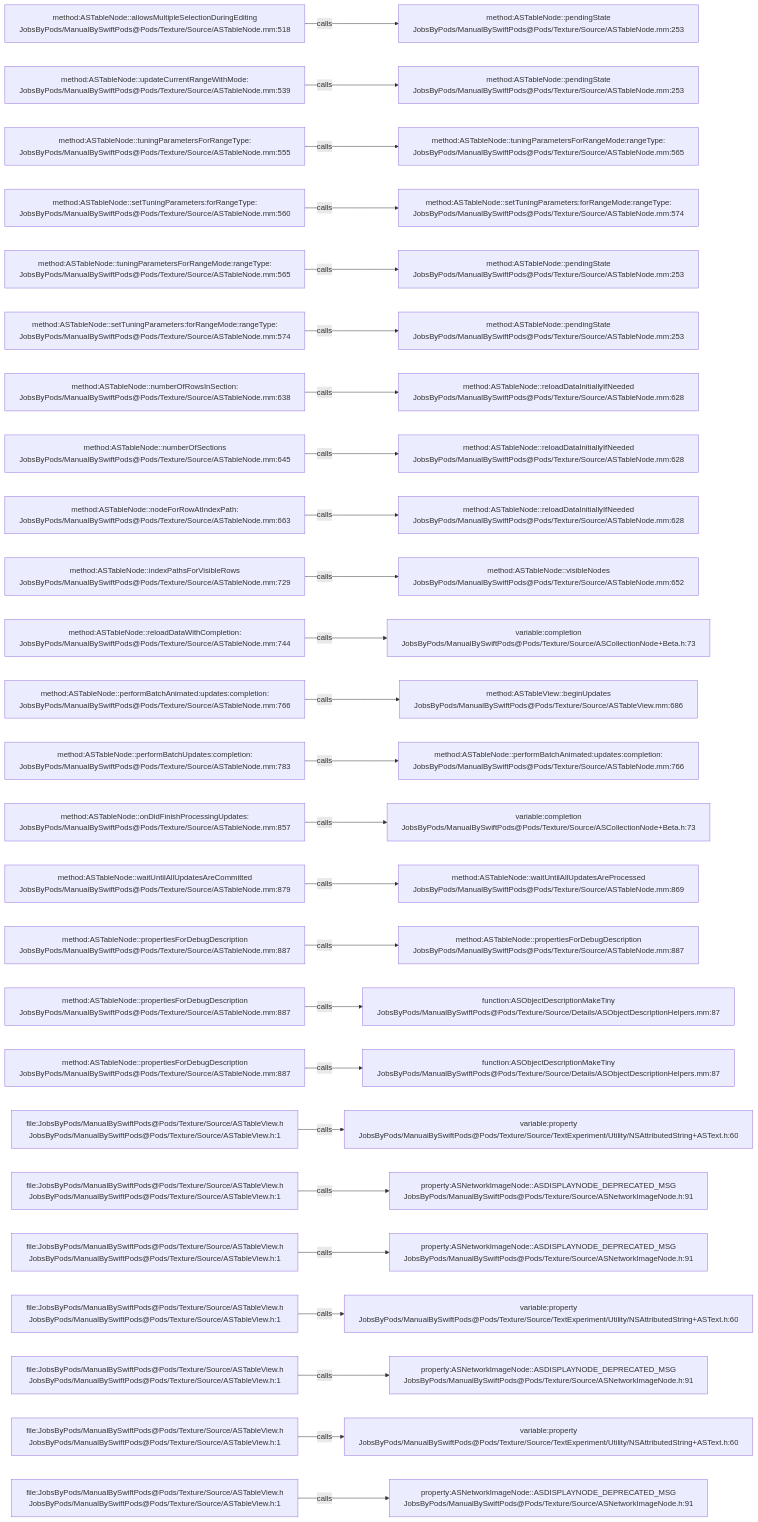
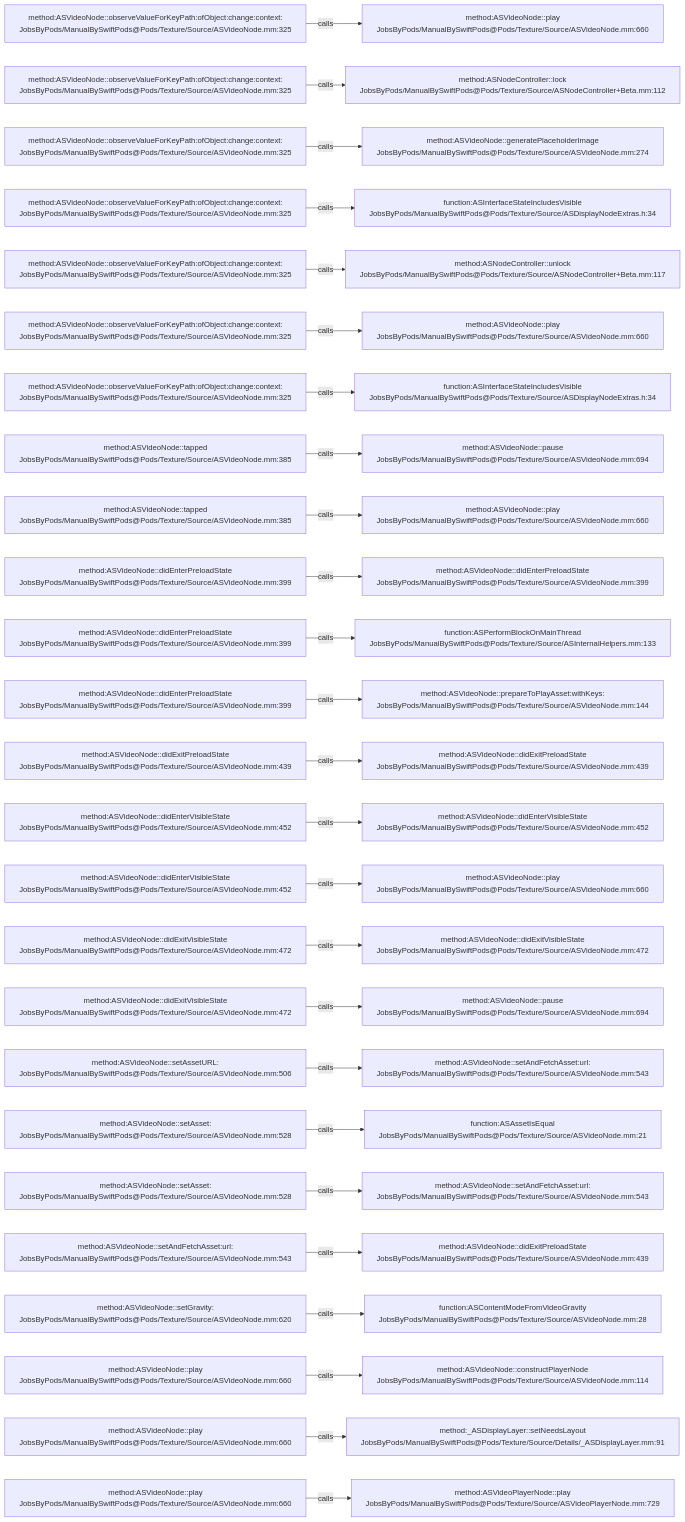
One commit to JobsKits/JobsSwiftBaseConfigDemo changed the diagram in .codegraph/codegraph.md/graphs/calls-075.md. Above: the diagram before and after it, drawn with Mermaid. The commit also changed 832 other files, not shown here.

````diff
--- a/.codegraph/codegraph.md/graphs/calls-075.md
+++ b/.codegraph/codegraph.md/graphs/calls-075.md
@@ -13,78 +13,78 @@
 ```mermaid
 flowchart LR
-  S1["method:ASTableNode::allowsMultipleSelectionDuringEditing<br/>JobsByPods/ManualBySwiftPods@Pods/Texture/Source/ASTableNode.mm:518"]
-  T1["method:ASTableNode::pendingState<br/>JobsByPods/ManualBySwiftPods@Pods/Texture/Source/ASTableNode.mm:253"]
+  S1["method:ASVideoNode::observeValueForKeyPath:ofObject:change:context:<br/>JobsByPods/ManualBySwiftPods@Pods/Texture/Source/ASVideoNode.mm:325"]
+  T1["method:ASVideoNode::play<br/>JobsByPods/ManualBySwiftPods@Pods/Texture/Source/ASVideoNode.mm:660"]
   S1 -->|calls| T1
-  S2["method:ASTableNode::updateCurrentRangeWithMode:<br/>JobsByPods/ManualBySwiftPods@Pods/Texture/Source/ASTableNode.mm:539"]
-  T2["method:ASTableNode::pendingState<br/>JobsByPods/ManualBySwiftPods@Pods/Texture/Source/ASTableNode.mm:253"]
+  S2["method:ASVideoNode::observeValueForKeyPath:ofObject:change:context:<br/>JobsByPods/ManualBySwiftPods@Pods/Texture/Source/ASVideoNode.mm:325"]
+  T2["method:ASNodeController::lock<br/>JobsByPods/ManualBySwiftPods@Pods/Texture/Source/ASNodeController+Beta.mm:112"]
   S2 -->|calls| T2
-  S3["method:ASTableNode::tuningParametersForRangeType:<br/>JobsByPods/ManualBySwiftPods@Pods/Texture/Source/ASTableNode.mm:555"]
-  T3["method:ASTableNode::tuningParametersForRangeMode:rangeType:<br/>JobsByPods/ManualBySwiftPods@Pods/Texture/Source/ASTableNode.mm:565"]
+  S3["method:ASVideoNode::observeValueForKeyPath:ofObject:change:context:<br/>JobsByPods/ManualBySwiftPods@Pods/Texture/Source/ASVideoNode.mm:325"]
+  T3["method:ASVideoNode::generatePlaceholderImage<br/>JobsByPods/ManualBySwiftPods@Pods/Texture/Source/ASVideoNode.mm:274"]
   S3 -->|calls| T3
-  S4["method:ASTableNode::setTuningParameters:forRangeType:<br/>JobsByPods/ManualBySwiftPods@Pods/Texture/Source/ASTableNode.mm:560"]
-  T4["method:ASTableNode::setTuningParameters:forRangeMode:rangeType:<br/>JobsByPods/ManualBySwiftPods@Pods/Texture/Source/ASTableNode.mm:574"]
+  S4["method:ASVideoNode::observeValueForKeyPath:ofObject:change:context:<br/>JobsByPods/ManualBySwiftPods@Pods/Texture/Source/ASVideoNode.mm:325"]
+  T4["function:ASInterfaceStateIncludesVisible<br/>JobsByPods/ManualBySwiftPods@Pods/Texture/Source/ASDisplayNodeExtras.h:34"]
   S4 -->|calls| T4
-  S5["method:ASTableNode::tuningParametersForRangeMode:rangeType:<br/>JobsByPods/ManualBySwiftPods@Pods/Texture/Source/ASTableNode.mm:565"]
-  T5["method:ASTableNode::pendingState<br/>JobsByPods/ManualBySwiftPods@Pods/Texture/Source/ASTableNode.mm:253"]
+  S5["method:ASVideoNode::observeValueForKeyPath:ofObject:change:context:<br/>JobsByPods/ManualBySwiftPods@Pods/Texture/Source/ASVideoNode.mm:325"]
+  T5["method:ASNodeController::unlock<br/>JobsByPods/ManualBySwiftPods@Pods/Texture/Source/ASNodeController+Beta.mm:117"]
   S5 -->|calls| T5
-  S6["method:ASTableNode::setTuningParameters:forRangeMode:rangeType:<br/>JobsByPods/ManualBySwiftPods@Pods/Texture/Source/ASTableNode.mm:574"]
-  T6["method:ASTableNode::pendingState<br/>JobsByPods/ManualBySwiftPods@Pods/Texture/Source/ASTableNode.mm:253"]
+  S6["method:ASVideoNode::observeValueForKeyPath:ofObject:change:context:<br/>JobsByPods/ManualBySwiftPods@Pods/Texture/Source/ASVideoNode.mm:325"]
+  T6["method:ASVideoNode::play<br/>JobsByPods/ManualBySwiftPods@Pods/Texture/Source/ASVideoNode.mm:660"]
   S6 -->|calls| T6
-  S7["method:ASTableNode::numberOfRowsInSection:<br/>JobsByPods/ManualBySwiftPods@Pods/Texture/Source/ASTableNode.mm:638"]
-  T7["method:ASTableNode::reloadDataInitiallyIfNeeded<br/>JobsByPods/ManualBySwiftPods@Pods/Texture/Source/ASTableNode.mm:628"]
+  S7["method:ASVideoNode::observeValueForKeyPath:ofObject:change:context:<br/>JobsByPods/ManualBySwiftPods@Pods/Texture/Source/ASVideoNode.mm:325"]
+  T7["function:ASInterfaceStateIncludesVisible<br/>JobsByPods/ManualBySwiftPods@Pods/Texture/Source/ASDisplayNodeExtras.h:34"]
   S7 -->|calls| T7
-  S8["method:ASTableNode::numberOfSections<br/>JobsByPods/ManualBySwiftPods@Pods/Texture/Source/ASTableNode.mm:645"]
-  T8["method:ASTableNode::reloadDataInitiallyIfNeeded<br/>JobsByPods/ManualBySwiftPods@Pods/Texture/Source/ASTableNode.mm:628"]
+  S8["method:ASVideoNode::tapped<br/>JobsByPods/ManualBySwiftPods@Pods/Texture/Source/ASVideoNode.mm:385"]
+  T8["method:ASVideoNode::pause<br/>JobsByPods/ManualBySwiftPods@Pods/Texture/Source/ASVideoNode.mm:694"]
   S8 -->|calls| T8
-  S9["method:ASTableNode::nodeForRowAtIndexPath:<br/>JobsByPods/ManualBySwiftPods@Pods/Texture/Source/ASTableNode.mm:663"]
-  T9["method:ASTableNode::reloadDataInitiallyIfNeeded<br/>JobsByPods/ManualBySwiftPods@Pods/Texture/Source/ASTableNode.mm:628"]
+  S9["method:ASVideoNode::tapped<br/>JobsByPods/ManualBySwiftPods@Pods/Texture/Source/ASVideoNode.mm:385"]
+  T9["method:ASVideoNode::play<br/>JobsByPods/ManualBySwiftPods@Pods/Texture/Source/ASVideoNode.mm:660"]
   S9 -->|calls| T9
-  S10["method:ASTableNode::indexPathsForVisibleRows<br/>JobsByPods/ManualBySwiftPods@Pods/Texture/Source/ASTableNode.mm:729"]
-  T10["method:ASTableNode::visibleNodes<br/>JobsByPods/ManualBySwiftPods@Pods/Texture/Source/ASTableNode.mm:652"]
+  S10["method:ASVideoNode::didEnterPreloadState<br/>JobsByPods/ManualBySwiftPods@Pods/Texture/Source/ASVideoNode.mm:399"]
+  T10["method:ASVideoNode::didEnterPreloadState<br/>JobsByPods/ManualBySwiftPods@Pods/Texture/Source/ASVideoNode.mm:399"]
   S10 -->|calls| T10
-  S11["method:ASTableNode::reloadDataWithCompletion:<br/>JobsByPods/ManualBySwiftPods@Pods/Texture/Source/ASTableNode.mm:744"]
-  T11["variable:completion<br/>JobsByPods/ManualBySwiftPods@Pods/Texture/Source/ASCollectionNode+Beta.h:73"]
+  S11["method:ASVideoNode::didEnterPreloadState<br/>JobsByPods/ManualBySwiftPods@Pods/Texture/Source/ASVideoNode.mm:399"]
+  T11["function:ASPerformBlockOnMainThread<br/>JobsByPods/ManualBySwiftPods@Pods/Texture/Source/ASInternalHelpers.mm:133"]
   S11 -->|calls| T11
-  S12["method:ASTableNode::performBatchAnimated:updates:completion:<br/>JobsByPods/ManualBySwiftPods@Pods/Texture/Source/ASTableNode.mm:766"]
-  T12["method:ASTableView::beginUpdates<br/>JobsByPods/ManualBySwiftPods@Pods/Texture/Source/ASTableView.mm:686"]
+  S12["method:ASVideoNode::didEnterPreloadState<br/>JobsByPods/ManualBySwiftPods@Pods/Texture/Source/ASVideoNode.mm:399"]
+  T12["method:ASVideoNode::prepareToPlayAsset:withKeys:<br/>JobsByPods/ManualBySwiftPods@Pods/Texture/Source/ASVideoNode.mm:144"]
   S12 -->|calls| T12
-  S13["method:ASTableNode::performBatchUpdates:completion:<br/>JobsByPods/ManualBySwiftPods@Pods/Texture/Source/ASTableNode.mm:783"]
-  T13["method:ASTableNode::performBatchAnimated:updates:completion:<br/>JobsByPods/ManualBySwiftPods@Pods/Texture/Source/ASTableNode.mm:766"]
+  S13["method:ASVideoNode::didExitPreloadState<br/>JobsByPods/ManualBySwiftPods@Pods/Texture/Source/ASVideoNode.mm:439"]
+  T13["method:ASVideoNode::didExitPreloadState<br/>JobsByPods/ManualBySwiftPods@Pods/Texture/Source/ASVideoNode.mm:439"]
   S13 -->|calls| T13
-  S14["method:ASTableNode::onDidFinishProcessingUpdates:<br/>JobsByPods/ManualBySwiftPods@Pods/Texture/Source/ASTableNode.mm:857"]
-  T14["variable:completion<br/>JobsByPods/ManualBySwiftPods@Pods/Texture/Source/ASCollectionNode+Beta.h:73"]
+  S14["method:ASVideoNode::didEnterVisibleState<br/>JobsByPods/ManualBySwiftPods@Pods/Texture/Source/ASVideoNode.mm:452"]
+  T14["method:ASVideoNode::didEnterVisibleState<br/>JobsByPods/ManualBySwiftPods@Pods/Texture/Source/ASVideoNode.mm:452"]
   S14 -->|calls| T14
-  S15["method:ASTableNode::waitUntilAllUpdatesAreCommitted<br/>JobsByPods/ManualBySwiftPods@Pods/Texture/Source/ASTableNode.mm:879"]
-  T15["method:ASTableNode::waitUntilAllUpdatesAreProcessed<br/>JobsByPods/ManualBySwiftPods@Pods/Texture/Source/ASTableNode.mm:869"]
+  S15["method:ASVideoNode::didEnterVisibleState<br/>JobsByPods/ManualBySwiftPods@Pods/Texture/Source/ASVideoNode.mm:452"]
+  T15["method:ASVideoNode::play<br/>JobsByPods/ManualBySwiftPods@Pods/Texture/Source/ASVideoNode.mm:660"]
   S15 -->|calls| T15
-  S16["method:ASTableNode::propertiesForDebugDescription<br/>JobsByPods/ManualBySwiftPods@Pods/Texture/Source/ASTableNode.mm:887"]
-  T16["method:ASTableNode::propertiesForDebugDescription<br/>JobsByPods/ManualBySwiftPods@Pods/Texture/Source/ASTableNode.mm:887"]
+  S16["method:ASVideoNode::didExitVisibleState<br/>JobsByPods/ManualBySwiftPods@Pods/Texture/Source/ASVideoNode.mm:472"]
+  T16["method:ASVideoNode::didExitVisibleState<br/>JobsByPods/ManualBySwiftPods@Pods/Texture/Source/ASVideoNode.mm:472"]
   S16 -->|calls| T16
-  S17["method:ASTableNode::propertiesForDebugDescription<br/>JobsByPods/ManualBySwiftPods@Pods/Texture/Source/ASTableNode.mm:887"]
-  T17["function:ASObjectDescriptionMakeTiny<br/>JobsByPods/ManualBySwiftPods@Pods/Texture/Source/Details/ASObjectDescriptionHelpers.mm:87"]
+  S17["method:ASVideoNode::didExitVisibleState<br/>JobsByPods/ManualBySwiftPods@Pods/Texture/Source/ASVideoNode.mm:472"]
+  T17["method:ASVideoNode::pause<br/>JobsByPods/ManualBySwiftPods@Pods/Texture/Source/ASVideoNode.mm:694"]
   S17 -->|calls| T17
-  S18["method:ASTableNode::propertiesForDebugDescription<br/>JobsByPods/ManualBySwiftPods@Pods/Texture/Source/ASTableNode.mm:887"]
-  T18["function:ASObjectDescriptionMakeTiny<br/>JobsByPods/ManualBySwiftPods@Pods/Texture/Source/Details/ASObjectDescriptionHelpers.mm:87"]
+  S18["method:ASVideoNode::setAssetURL:<br/>JobsByPods/ManualBySwiftPods@Pods/Texture/Source/ASVideoNode.mm:506"]
+  T18["method:ASVideoNode::setAndFetchAsset:url:<br/>JobsByPods/ManualBySwiftPods@Pods/Texture/Source/ASVideoNode.mm:543"]
   S18 -->|calls| T18
-  S19["file:JobsByPods/ManualBySwiftPods@Pods/Texture/Source/ASTableView.h<br/>JobsByPods/ManualBySwiftPods@Pods/Texture/Source/ASTableView.h:1"]
-  T19["variable:property<br/>JobsByPods/ManualBySwiftPods@Pods/Texture/Source/TextExperiment/Utility/NSAttributedString+ASText.h:60"]
+  S19["method:ASVideoNode::setAsset:<br/>JobsByPods/ManualBySwiftPods@Pods/Texture/Source/ASVideoNode.mm:528"]
+  T19["function:ASAssetIsEqual<br/>JobsByPods/ManualBySwiftPods@Pods/Texture/Source/ASVideoNode.mm:21"]
   S19 -->|calls| T19
-  S20["file:JobsByPods/ManualBySwiftPods@Pods/Texture/Source/ASTableView.h<br/>JobsByPods/ManualBySwiftPods@Pods/Texture/Source/ASTableView.h:1"]
-  T20["property:ASNetworkImageNode::ASDISPLAYNODE_DEPRECATED_MSG<br/>JobsByPods/ManualBySwiftPods@Pods/Texture/Source/ASNetworkImageNode.h:91"]
+  S20["method:ASVideoNode::setAsset:<br/>JobsByPods/ManualBySwiftPods@Pods/Texture/Source/ASVideoNode.mm:528"]
+  T20["method:ASVideoNode::setAndFetchAsset:url:<br/>JobsByPods/ManualBySwiftPods@Pods/Texture/Source/ASVideoNode.mm:543"]
   S20 -->|calls| T20
-  S21["file:JobsByPods/ManualBySwiftPods@Pods/Texture/Source/ASTableView.h<br/>JobsByPods/ManualBySwiftPods@Pods/Texture/Source/ASTableView.h:1"]
-  T21["property:ASNetworkImageNode::ASDISPLAYNODE_DEPRECATED_MSG<br/>JobsByPods/ManualBySwiftPods@Pods/Texture/Source/ASNetworkImageNode.h:91"]
+  S21["method:ASVideoNode::setAndFetchAsset:url:<br/>JobsByPods/ManualBySwiftPods@Pods/Texture/Source/ASVideoNode.mm:543"]
+  T21["method:ASVideoNode::didExitPreloadState<br/>JobsByPods/ManualBySwiftPods@Pods/Texture/Source/ASVideoNode.mm:439"]
   S21 -->|calls| T21
-  S22["file:JobsByPods/ManualBySwiftPods@Pods/Texture/Source/ASTableView.h<br/>JobsByPods/ManualBySwiftPods@Pods/Texture/Source/ASTableView.h:1"]
-  T22["variable:property<br/>JobsByPods/ManualBySwiftPods@Pods/Texture/Source/TextExperiment/Utility/NSAttributedString+ASText.h:60"]
+  S22["method:ASVideoNode::setGravity:<br/>JobsByPods/ManualBySwiftPods@Pods/Texture/Source/ASVideoNode.mm:620"]
+  T22["function:ASContentModeFromVideoGravity<br/>JobsByPods/ManualBySwiftPods@Pods/Texture/Source/ASVideoNode.mm:28"]
   S22 -->|calls| T22
-  S23["file:JobsByPods/ManualBySwiftPods@Pods/Texture/Source/ASTableView.h<br/>JobsByPods/ManualBySwiftPods@Pods/Texture/Source/ASTableView.h:1"]
-  T23["property:ASNetworkImageNode::ASDISPLAYNODE_DEPRECATED_MSG<br/>JobsByPods/ManualBySwiftPods@Pods/Texture/Source/ASNetworkImageNode.h:91"]
+  S23["method:ASVideoNode::play<br/>JobsByPods/ManualBySwiftPods@Pods/Texture/Source/ASVideoNode.mm:660"]
+  T23["method:ASVideoNode::constructPlayerNode<br/>JobsByPods/ManualBySwiftPods@Pods/Texture/Source/ASVideoNode.mm:114"]
   S23 -->|calls| T23
-  S24["file:JobsByPods/ManualBySwiftPods@Pods/Texture/Source/ASTableView.h<br/>JobsByPods/ManualBySwiftPods@Pods/Texture/Source/ASTableView.h:1"]
-  T24["variable:property<br/>JobsByPods/ManualBySwiftPods@Pods/Texture/Source/TextExperiment/Utility/NSAttributedString+ASText.h:60"]
+  S24["method:ASVideoNode::play<br/>JobsByPods/ManualBySwiftPods@Pods/Texture/Source/ASVideoNode.mm:660"]
+  T24["method:_ASDisplayLayer::setNeedsLayout<br/>JobsByPods/ManualBySwiftPods@Pods/Texture/Source/Details/_ASDisplayLayer.mm:91"]
   S24 -->|calls| T24
-  S25["file:JobsByPods/ManualBySwiftPods@Pods/Texture/Source/ASTableView.h<br/>JobsByPods/ManualBySwiftPods@Pods/Texture/Source/ASTableView.h:1"]
-  T25["property:ASNetworkImageNode::ASDISPLAYNODE_DEPRECATED_MSG<br/>JobsByPods/ManualBySwiftPods@Pods/Texture/Source/ASNetworkImageNode.h:91"]
+  S25["method:ASVideoNode::play<br/>JobsByPods/ManualBySwiftPods@Pods/Texture/Source/ASVideoNode.mm:660"]
+  T25["method:ASVideoPlayerNode::play<br/>JobsByPods/ManualBySwiftPods@Pods/Texture/Source/ASVideoPlayerNode.mm:729"]
   S25 -->|calls| T25
 ```
````
